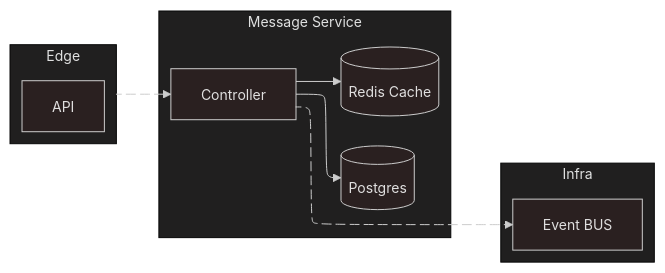
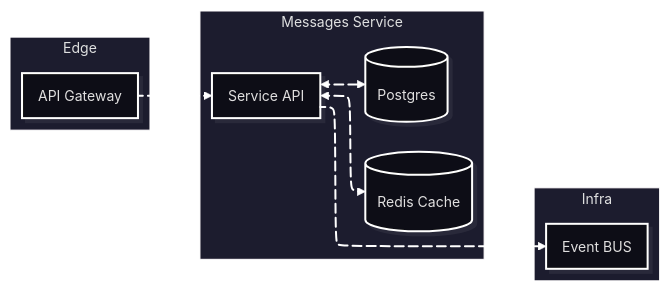
Before and after one commit to KroderDev/INF326-tarea-2: the diagram in service/README.md, drawn with Mermaid.

Commit message:
Update Service Diagram

````diff
--- a/service/README.md
+++ b/service/README.md
@@ -7,26 +7,35 @@
 ```mermaid
 ---
 config:
   layout: elk
-  look: classic
-  theme: neo-dark
+  look: neo
+  theme: redux-dark
 ---
 flowchart LR
- subgraph s1["Message Service"]
-        n1["Controller"]
-        n3["Redis Cache"]
-        n5["Postgres"]
+ subgraph EDGE["Edge"]
+        APIGW["API Gateway"]
   end
- subgraph s2["Edge"]
-        n6["API"]
+ subgraph MessagesService["Messages Service"]
+        MSPod["Service API"]
+        MSRedis["Redis Cache"]
+        MSPostgres["Postgres"]
   end
- subgraph s4["Infra"]
-        n8["Event BUS"]
+ subgraph Infra["Infra"]
+        BUS["Event BUS"]
   end
-    s2 L_s2_n1_0@--> n1
-    n1 --> n5 & n3 & n8
-    n3@{ shape: db}
-    n5@{ shape: db}
-    L_s2_n1_0@{ animation: slow } 
-    L_n1_n8_0@{ animation: slow }
+    APIGW L_APIGW_MSPod_0@--> MSPod
+    MSPod L_MSPod_MSRedis_0@<--> MSRedis & MSPostgres
+    MSPod L_MSPod_BUS_0@-.-> BUS
+    MSRedis@{ shape: db}
+    MSPostgres@{ shape: db}
+    style EDGE stroke:#FFFFFF
+    linkStyle 0 stroke:#FFFFFF,fill:none
+    linkStyle 1 stroke:#FFFFFF,fill:none
+    linkStyle 2 stroke:#FFFFFF,fill:none
+    linkStyle 3 stroke:#FFFFFF,fill:none
+    L_APIGW_MSPod_0@{ animation: fast } 
+    L_MSPod_MSRedis_0@{ animation: fast } 
+    L_MSPod_MSPostgres_0@{ animation: slow } 
+    L_MSPod_BUS_0@{ animation: slow }
+
 ```
````
